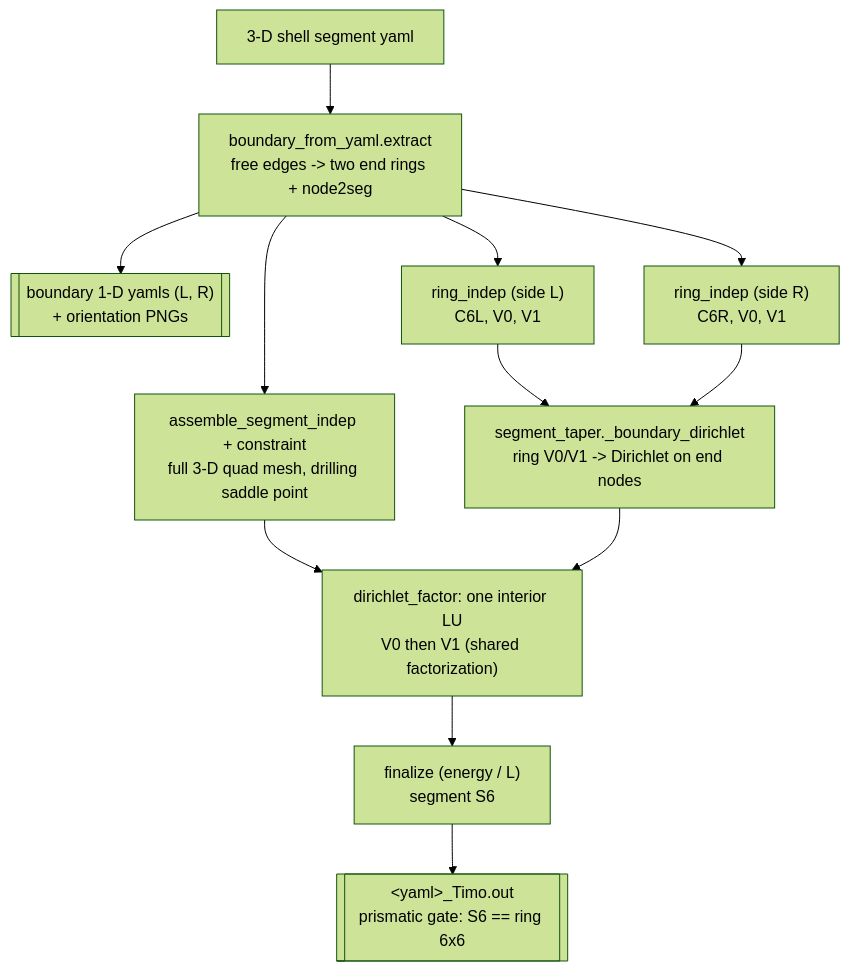
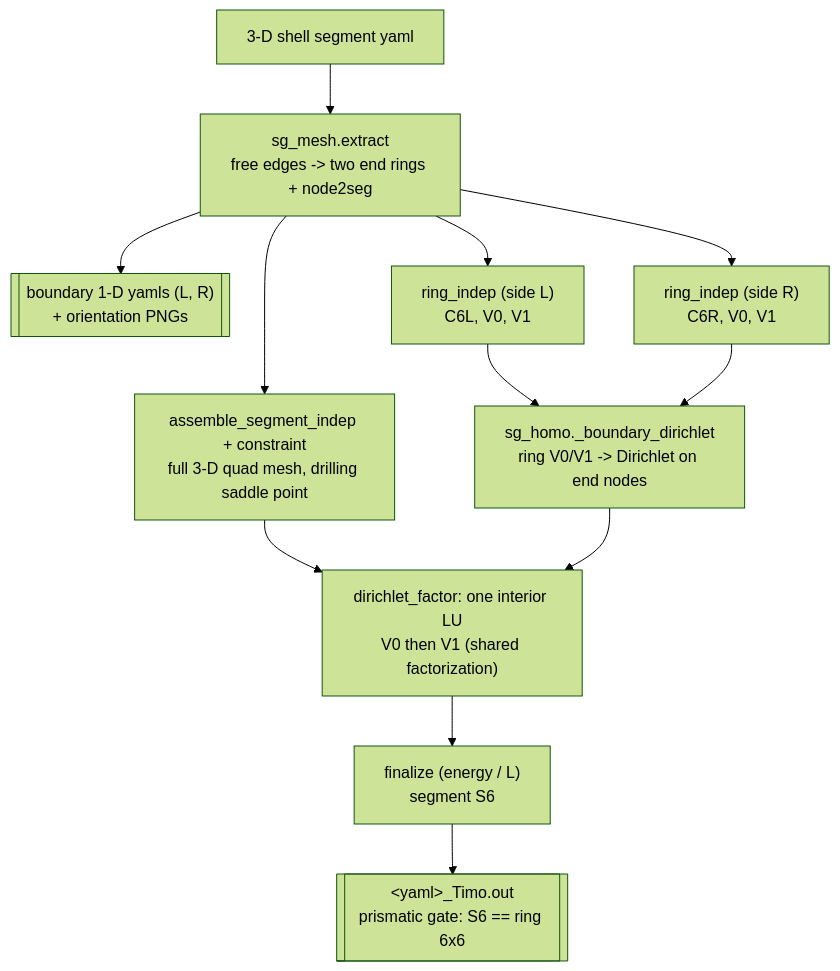
One commit to wenbinyugroup/OpenSG changed the second of 4 diagrams in docs/architecture.md. Above: the diagram before and after it, drawn with Mermaid (forest theme). The commit also changed other lines of this file and 86 other files, not shown here.

First line of the commit message:
opensg_shell restructured to the sg_* file-per-concern architecture

````diff
--- a/docs/architecture.md
+++ b/docs/architecture.md
@@ -37,14 +37,14 @@
 ```{mermaid}
 flowchart TD
-    Y2["3-D shell segment yaml"] --> EX["boundary_from_yaml.extract<br/>free edges -> two end rings + node2seg"]
+    Y2["3-D shell segment yaml"] --> EX["sg_mesh.extract<br/>free edges -> two end rings + node2seg"]
     EX --> BY[["boundary 1-D yamls (L, R)<br/>+ orientation PNGs"]]
     EX --> RL["ring_indep (side L)<br/>C6L, V0, V1"]
     EX --> RR["ring_indep (side R)<br/>C6R, V0, V1"]
     EX --> SA["assemble_segment_indep + constraint<br/>full 3-D quad mesh, drilling saddle point"]
-    RL --> DIR["segment_taper._boundary_dirichlet<br/>ring V0/V1 -> Dirichlet on end nodes"]
+    RL --> DIR["sg_homo._boundary_dirichlet<br/>ring V0/V1 -> Dirichlet on end nodes"]
     RR --> DIR
     SA --> SLV["dirichlet_factor: one interior LU<br/>V0 then V1 (shared factorization)"]
     DIR --> SLV
     SLV --> FIN2["finalize (energy / L)<br/>segment S6"]
     FIN2 --> OUT2[["&lt;yaml&gt;_Timo.out<br/>prismatic gate: S6 == ring 6x6"]]
 ```
````
